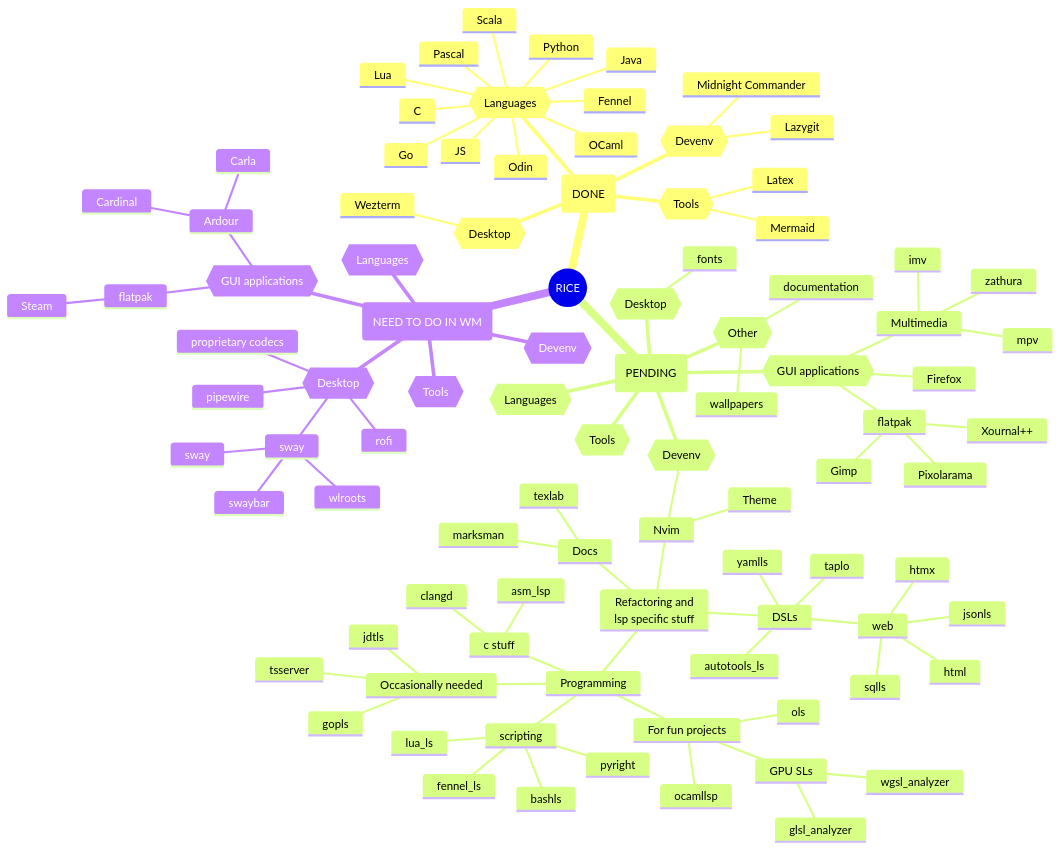
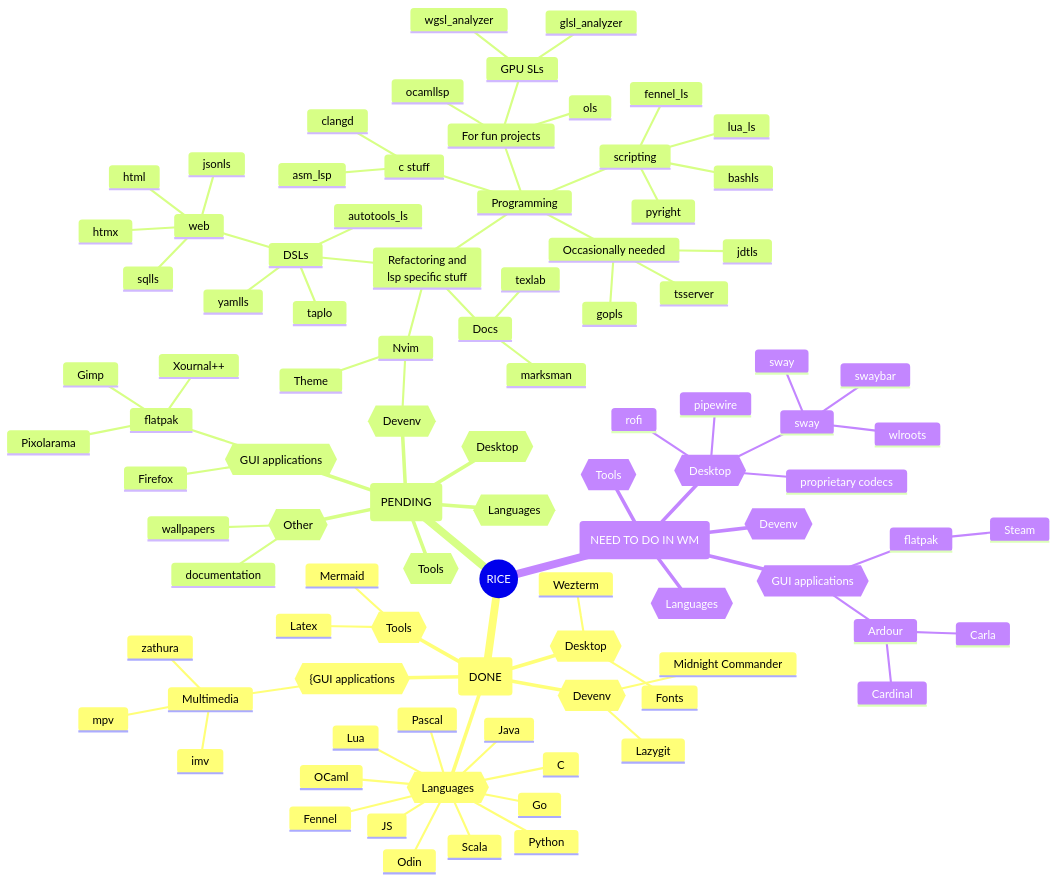
Before and after one commit to sebhajek/dotfiles: the diagram in docs/src/map.mmd, drawn with Mermaid.

Commit message:
updated todo

```diff
--- a/docs/src/map.mmd
+++ b/docs/src/map.mmd
@@ -1,94 +1,95 @@
 mindmap
 ((RICE))
   (DONE)
     {{Languages}}
       Lua 
       Fennel
       Python
       Scala
       Pascal
       C
       Odin
       Java
       JS
       OCaml
       Go
     {{Tools}}
       Mermaid
       Latex
     {{Devenv}}
       Lazygit
       Midnight Commander
     {{Desktop}}
       Wezterm
+      Fonts
+    {{{GUI applications}}
+      Multimedia
+        mpv
+        imv
+        zathura 
   (PENDING)
     {{Languages}}
     {{Tools}}
     {{Devenv}}
       Nvim
         Refactoring and<br/>lsp specific stuff
           DSLs
             autotools_ls
             web
               html
               htmx
               jsonls
               sqlls
             taplo
             yamlls
           Programming
             For fun projects
               ocamllsp
               ols
               GPU SLs
                 glsl_analyzer
                 wgsl_analyzer
             scripting
               bashls  
               fennel_ls
               lua_ls
               pyright
             c stuff
               asm_lsp  
               clangd
             Occasionally needed
               gopls
               jdtls
               tsserver
           Docs
             marksman  
             texlab
         Theme
     {{Desktop}}
-      fonts
     {{GUI applications}}
       Firefox
-      Multimedia
-        mpv
-        imv
-        zathura
       flatpak
         Pixolarama
         Xournal++
         Gimp
     {{Other}}  
       wallpapers
       documentation
   (NEED TO DO IN WM)
     {{Desktop}}
       sway
         swaybar
         wlroots
         sway
       rofi
       pipewire
       proprietary codecs
     {{GUI applications}}
       flatpak
         Steam
       Ardour
         Carla
         Cardinal
     {{Languages}}
     {{Tools}}
     {{Devenv}}
```
